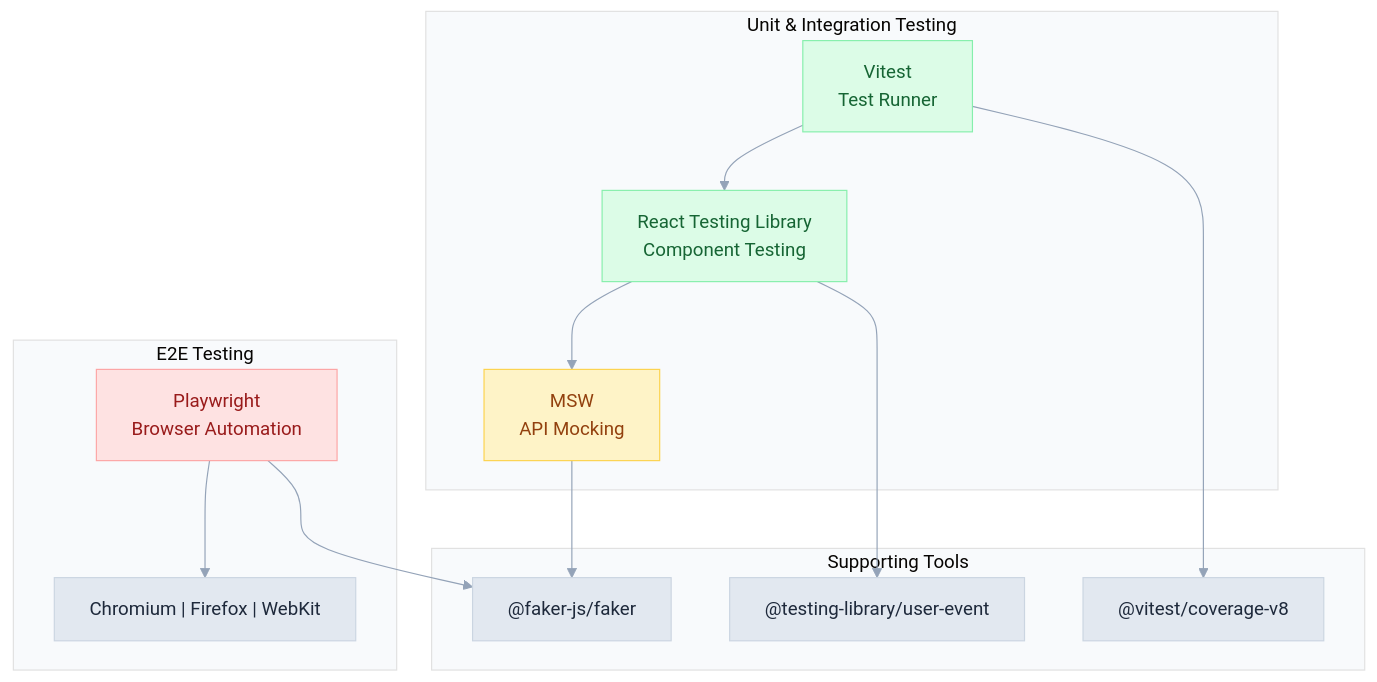
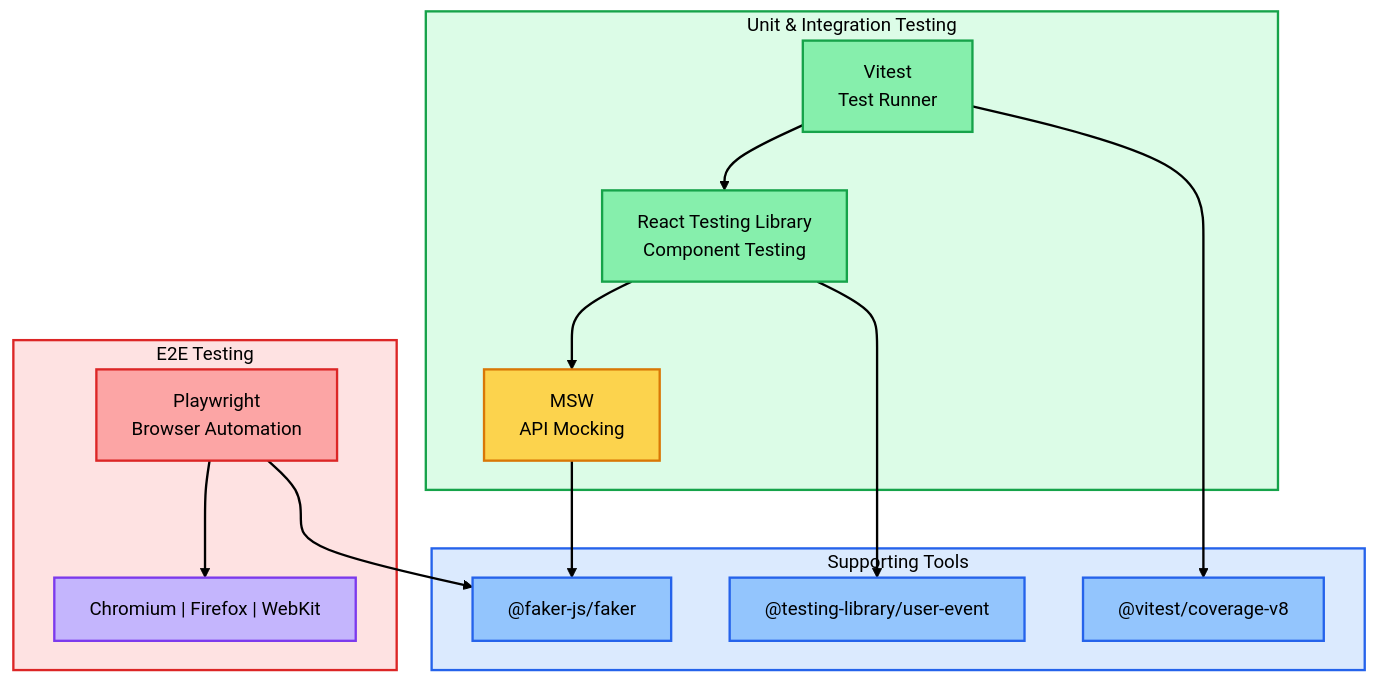
Before and after one commit to 3DHDSoft/devmultiplier-academy: the second of 6 diagrams in doc/testing-strategy-nextjs.md, drawn with Mermaid. The commit also changed other lines of this file and 17 other files, not shown here.

````diff
--- a/doc/testing-strategy-nextjs.md
+++ b/doc/testing-strategy-nextjs.md
@@ -162,42 +173,53 @@
 ```mermaid
 %%{init: {'theme': 'base', 'themeVariables': {
-  'primaryColor': '#e2e8f0',
-  'primaryTextColor': '#1e293b',
-  'primaryBorderColor': '#cbd5e1',
-  'lineColor': '#94a3b8',
-  'secondaryColor': '#f1f5f9',
-  'tertiaryColor': '#f8fafc',
+  'primaryColor': '#f8fafc',
+  'primaryTextColor': '#000000',
+  'primaryBorderColor': '#2563eb',
+  'lineColor': '#000000',
+  'secondaryColor': '#fafafa',
+  'tertiaryColor': '#f5f5f5',
   'background': '#ffffff',
-  'textColor': '#334155',
+  'textColor': '#000000',
+  'edgeLabelBackground': '#f1f5f9',
   'fontFamily': 'system-ui, -apple-system, sans-serif'
-}}}%%graph TB
+}}}%%
+graph TB
     subgraph unit_int ["Unit & Integration Testing"]
         VITEST["Vitest<br/>Test Runner"]
         RTL["React Testing Library<br/>Component Testing"]
         MSW["MSW<br/>API Mocking"]
         VITEST --> RTL
         RTL --> MSW
     end
 
     subgraph e2e ["E2E Testing"]
         PLAY["Playwright<br/>Browser Automation"]
         BROWSERS["Chromium | Firefox | WebKit"]
         PLAY --> BROWSERS
     end
 
     subgraph support ["Supporting Tools"]
         USER_EVENT["@testing-library/user-event"]
         COVERAGE["@vitest/coverage-v8"]
         FAKER["@faker-js/faker"]
     end
 
     RTL --> USER_EVENT
     VITEST --> COVERAGE
     PLAY --> FAKER
     MSW --> FAKER
 
-    style VITEST fill:#dcfce7,stroke:#86efac,color:#166534
-    style RTL fill:#dcfce7,stroke:#86efac,color:#166534
-    style PLAY fill:#fee2e2,stroke:#fca5a5,color:#991b1b
-    style MSW fill:#fef3c7,stroke:#fcd34d,color:#92400e
+    style unit_int fill:#dcfce7,stroke:#16a34a,stroke-width:2px,color:#000000
+    style e2e fill:#fee2e2,stroke:#dc2626,stroke-width:2px,color:#000000
+    style support fill:#dbeafe,stroke:#2563eb,stroke-width:2px,color:#000000
+    style VITEST fill:#86efac,stroke:#16a34a,color:#000000,stroke-width:2px
+    style RTL fill:#86efac,stroke:#16a34a,color:#000000,stroke-width:2px
+    style MSW fill:#fcd34d,stroke:#d97706,color:#000000,stroke-width:2px
+    style PLAY fill:#fca5a5,stroke:#dc2626,color:#000000,stroke-width:2px
+    style BROWSERS fill:#c4b5fd,stroke:#7c3aed,color:#000000,stroke-width:2px
+    style USER_EVENT fill:#93c5fd,stroke:#2563eb,color:#000000,stroke-width:2px
+    style COVERAGE fill:#93c5fd,stroke:#2563eb,color:#000000,stroke-width:2px
+    style FAKER fill:#93c5fd,stroke:#2563eb,color:#000000,stroke-width:2px
+
+    linkStyle default stroke:#000000,stroke-width:2px
 ```
````
